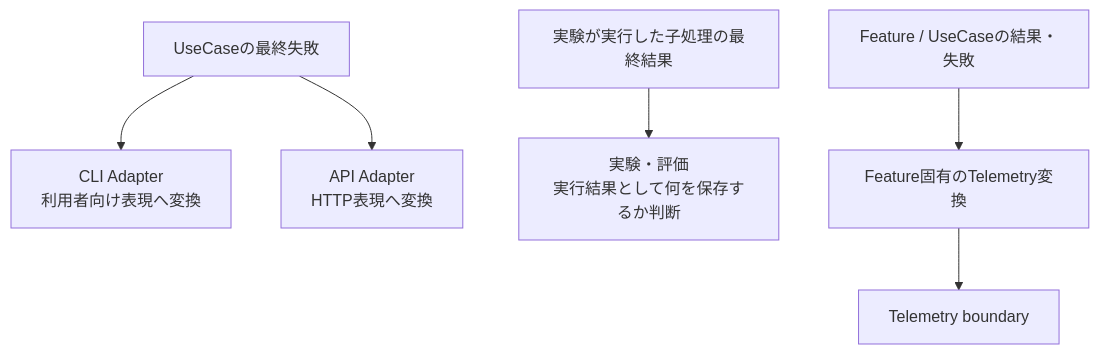
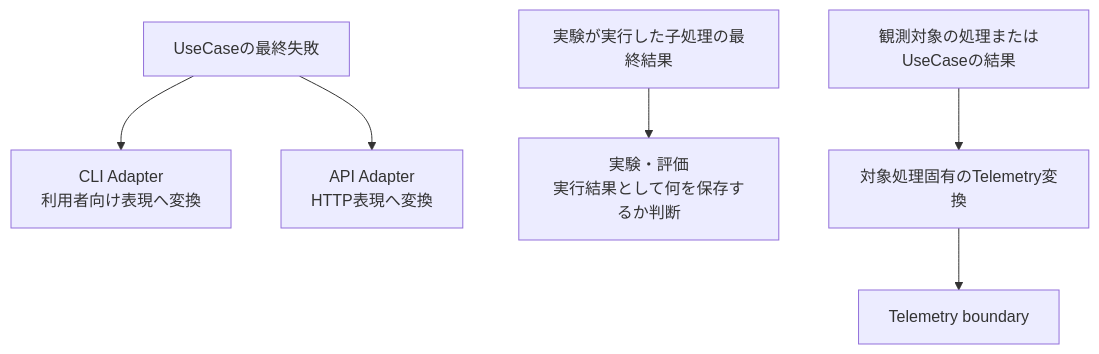
One commit to takashit16833/Workbench changed the third of 7 diagrams in Notes/RAGScope/RAGScopeアプリケーション/RS-0024 失敗型と利用境界への変換設計メモ.md. Above: the diagram before and after it, drawn with Mermaid. The commit also changed other lines of this file, not shown here.

````diff
--- a/Notes/RAGScope/RAGScopeアプリケーション/RS-0024 失敗型と利用境界への変換設計メモ.md
+++ b/Notes/RAGScope/RAGScopeアプリケーション/RS-0024 失敗型と利用境界への変換設計メモ.md
@@ -259,18 +259,18 @@
 ```mermaid
 flowchart TB
     UC["UseCaseの最終失敗"]
     CLI["CLI Adapter<br>利用者向け表現へ変換"]
     API["API Adapter<br>HTTP表現へ変換"]
 
     CHILD["実験が実行した子処理の最終結果"]
     EXP["実験・評価<br>実行結果として何を保存するか判断"]
 
-    RESULT["Feature / UseCaseの結果・失敗"]
-    TELMAP["Feature固有のTelemetry変換"]
+    RESULT["観測対象の処理またはUseCaseの結果"]
+    TELMAP["対象処理固有のTelemetry変換"]
     TEL["Telemetry boundary"]
 
     UC --> CLI
     UC --> API
     CHILD --> EXP
     RESULT --> TELMAP --> TEL
 ```
````
